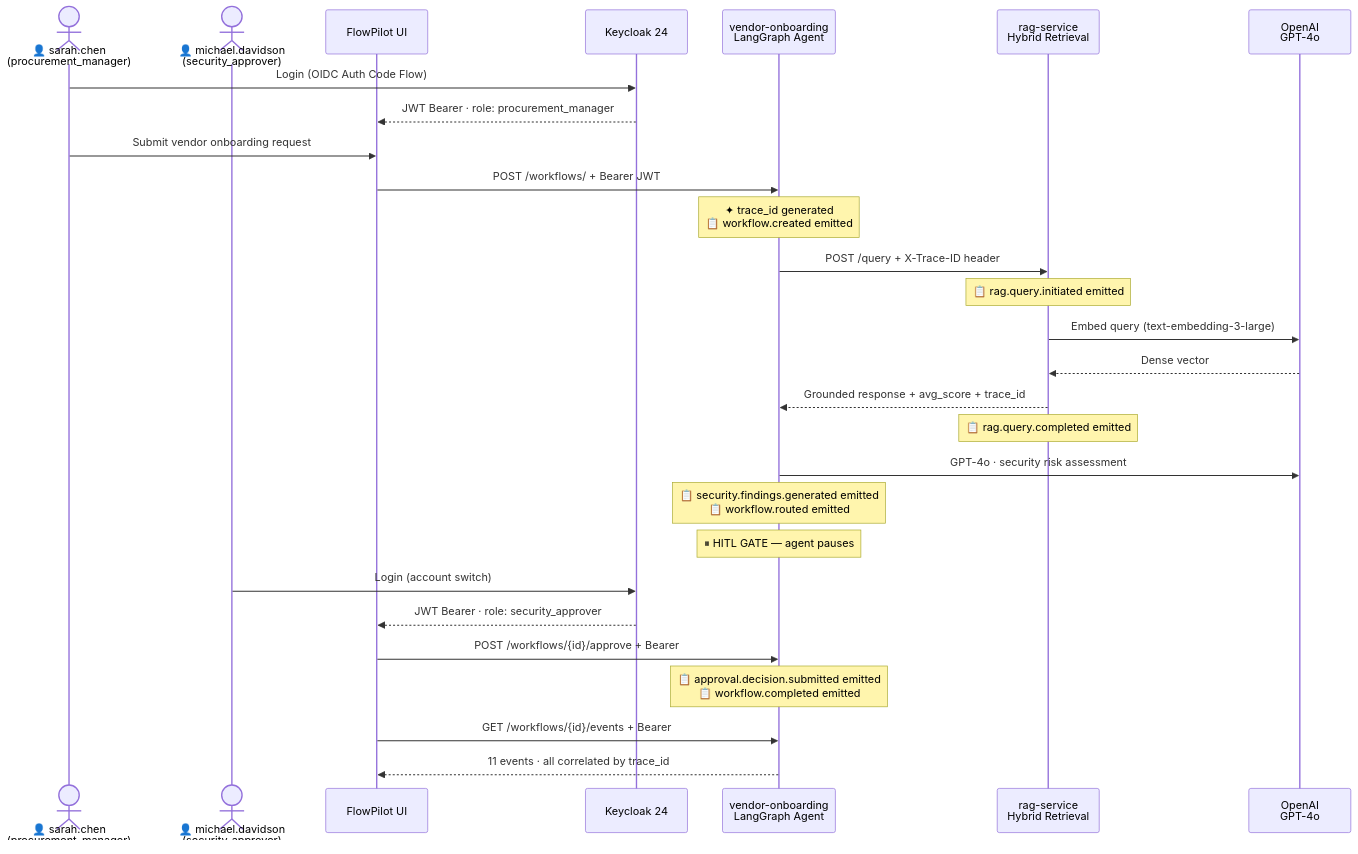
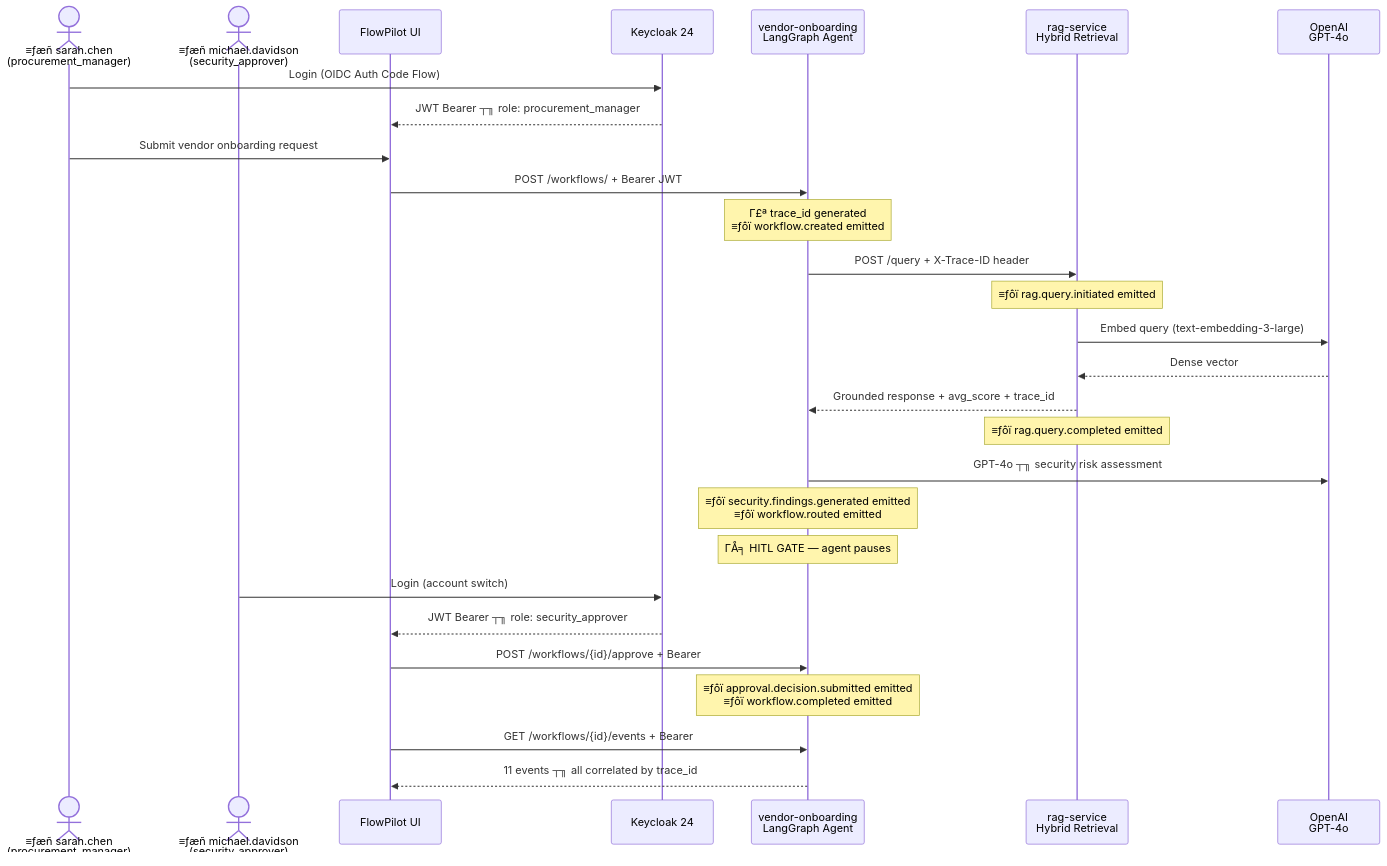
The fourth of 4 diagrams in README.md (nitindra-soekhai/flowpilot-docs), drawn with Mermaid before and after one commit. The commit also changed other lines of this file, not shown here.

````diff
--- a/README.md
+++ b/README.md
@@ -412,31 +377,31 @@
 ```mermaid
 sequenceDiagram
-    actor Sarah as 👤 sarah.chen<br/>(procurement_manager)
-    actor Michael as 👤 michael.davidson<br/>(security_approver)
+    actor Sarah as ≡ƒæñ sarah.chen<br/>(procurement_manager)
+    actor Michael as ≡ƒæñ michael.davidson<br/>(security_approver)
     participant UI as FlowPilot UI
     participant KC as Keycloak 24
     participant AGENT as vendor-onboarding<br/>LangGraph Agent
     participant RAG as rag-service<br/>Hybrid Retrieval
     participant OAI as OpenAI<br/>GPT-4o
 
     Sarah->>KC: Login (OIDC Auth Code Flow)
-    KC-->>UI: JWT Bearer · role: procurement_manager
+    KC-->>UI: JWT Bearer ┬╖ role: procurement_manager
     Sarah->>UI: Submit vendor onboarding request
     UI->>AGENT: POST /workflows/ + Bearer JWT
-    Note over AGENT: ✦ trace_id generated<br/>📋 workflow.created emitted
+    Note over AGENT: Γ£ª trace_id generated<br/>≡ƒôï workflow.created emitted
     AGENT->>RAG: POST /query + X-Trace-ID header
-    Note over RAG: 📋 rag.query.initiated emitted
+    Note over RAG: ≡ƒôï rag.query.initiated emitted
     RAG->>OAI: Embed query (text-embedding-3-large)
     OAI-->>RAG: Dense vector
     RAG-->>AGENT: Grounded response + avg_score + trace_id
-    Note over RAG: 📋 rag.query.completed emitted
-    AGENT->>OAI: GPT-4o · security risk assessment
-    Note over AGENT: 📋 security.findings.generated emitted<br/>📋 workflow.routed emitted
-    Note over AGENT: ⏸ HITL GATE — agent pauses
+    Note over RAG: ≡ƒôï rag.query.completed emitted
+    AGENT->>OAI: GPT-4o ┬╖ security risk assessment
+    Note over AGENT: ≡ƒôï security.findings.generated emitted<br/>≡ƒôï workflow.routed emitted
+    Note over AGENT: ΓÅ╕ HITL GATE — agent pauses
     Michael->>KC: Login (account switch)
-    KC-->>UI: JWT Bearer · role: security_approver
+    KC-->>UI: JWT Bearer ┬╖ role: security_approver
     UI->>AGENT: POST /workflows/{id}/approve + Bearer
-    Note over AGENT: 📋 approval.decision.submitted emitted<br/>📋 workflow.completed emitted
+    Note over AGENT: ≡ƒôï approval.decision.submitted emitted<br/>≡ƒôï workflow.completed emitted
     UI->>AGENT: GET /workflows/{id}/events + Bearer
-    AGENT-->>UI: 11 events · all correlated by trace_id
+    AGENT-->>UI: 11 events ┬╖ all correlated by trace_id
 ```
````
